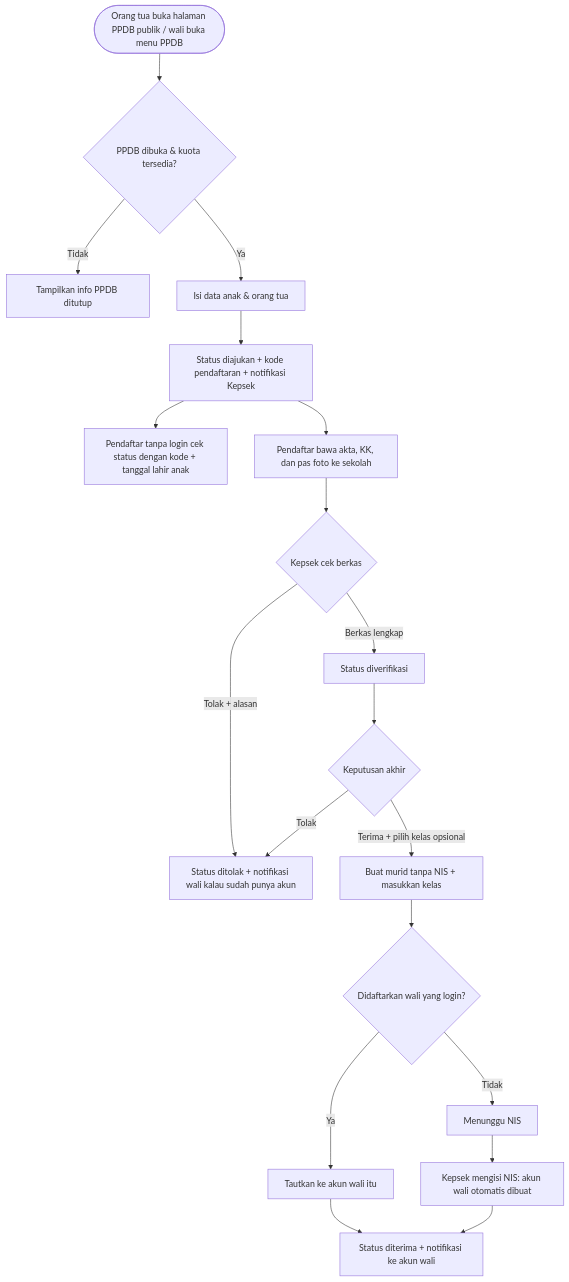
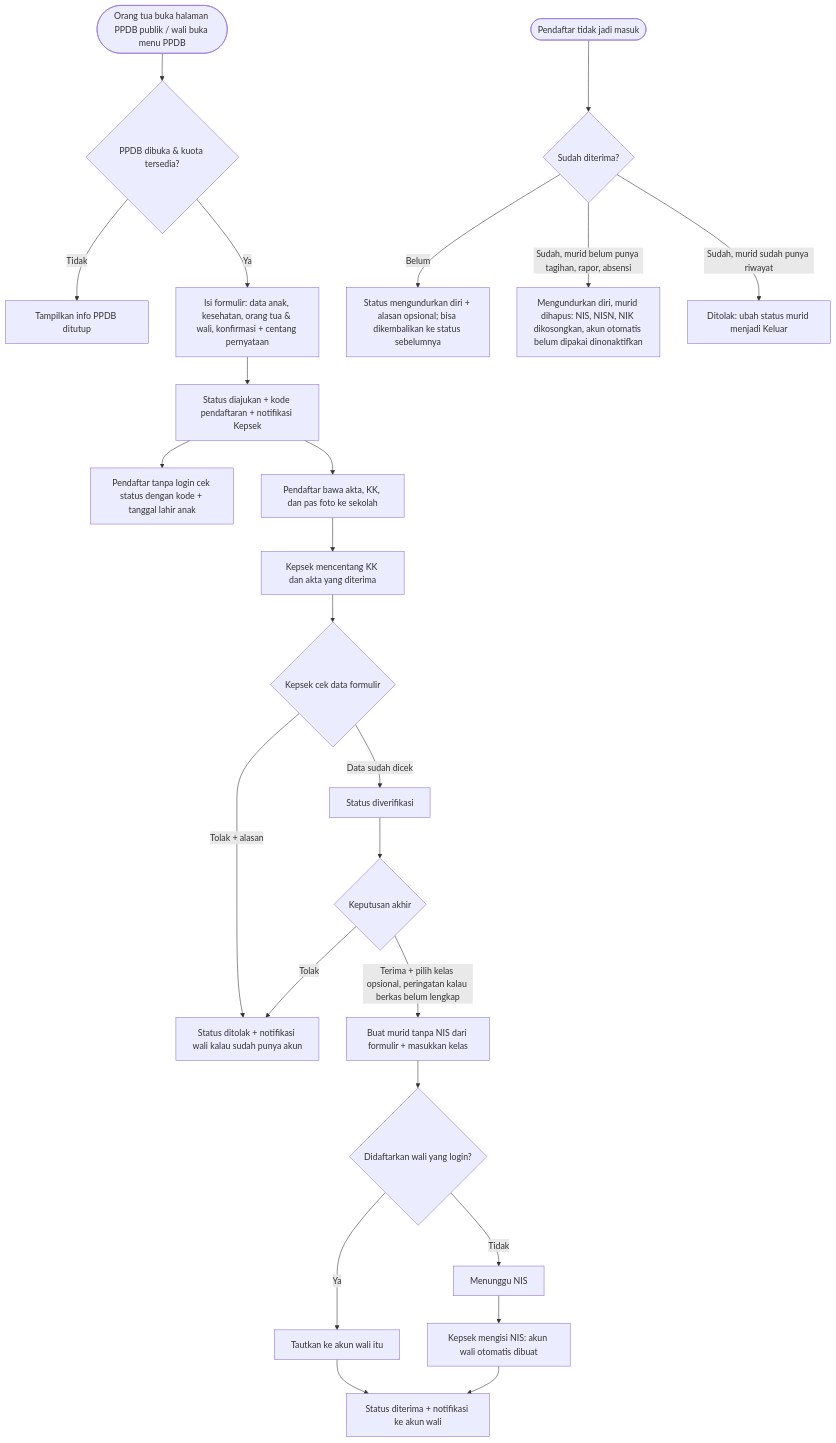
Before and after one commit to Keyanffz/TK_TA8_BE: the fifth of 10 diagrams in PROMPT_BE_TK.md, drawn with Mermaid. The commit also changed other lines of this file and 3 other files, not shown here.

Commit message:
docs: formulir data murid di Bagian A, kontrak API, dan dokumentasi

````diff
--- a/PROMPT_BE_TK.md
+++ b/PROMPT_BE_TK.md
@@ -441,21 +463,26 @@
 ```mermaid
 flowchart TD
     A([Orang tua buka halaman PPDB publik / wali buka menu PPDB]) --> B{PPDB dibuka & kuota tersedia?}
     B -->|Tidak| C[Tampilkan info PPDB ditutup]
-    B -->|Ya| D[Isi data anak & orang tua]
+    B -->|Ya| D[Isi formulir: data anak, kesehatan, orang tua & wali, konfirmasi + centang pernyataan]
     D --> F[Status diajukan + kode pendaftaran + notifikasi Kepsek]
     F --> F1[Pendaftar tanpa login cek status dengan kode + tanggal lahir anak]
     F --> E[Pendaftar bawa akta, KK, dan pas foto ke sekolah]
-    E --> G{Kepsek cek berkas}
-    G -->|Berkas lengkap| H[Status diverifikasi]
+    E --> E1[Kepsek mencentang KK dan akta yang diterima]
+    E1 --> G{Kepsek cek data formulir}
+    G -->|Data sudah dicek| H[Status diverifikasi]
     G -->|Tolak + alasan| I[Status ditolak + notifikasi wali kalau sudah punya akun]
     H --> J{Keputusan akhir}
-    J -->|Terima + pilih kelas opsional| K[Buat murid tanpa NIS + masukkan kelas]
+    J -->|Terima + pilih kelas opsional, peringatan kalau berkas belum lengkap| K[Buat murid tanpa NIS dari formulir + masukkan kelas]
     K --> K1{Didaftarkan wali yang login?}
     K1 -->|Ya| K2[Tautkan ke akun wali itu]
     K1 -->|Tidak| K3[Menunggu NIS]
     K3 --> K4[Kepsek mengisi NIS: akun wali otomatis dibuat]
     K2 --> L[Status diterima + notifikasi ke akun wali]
     K4 --> L
     J -->|Tolak| I
+    M([Pendaftar tidak jadi masuk]) --> M1{Sudah diterima?}
+    M1 -->|Belum| M2[Status mengundurkan diri + alasan opsional; bisa dikembalikan ke status sebelumnya]
+    M1 -->|Sudah, murid belum punya tagihan, rapor, absensi| M3[Mengundurkan diri, murid dihapus: NIS, NISN, NIK dikosongkan, akun otomatis belum dipakai dinonaktifkan]
+    M1 -->|Sudah, murid sudah punya riwayat| M4[Ditolak: ubah status murid menjadi Keluar]
 ```
````
